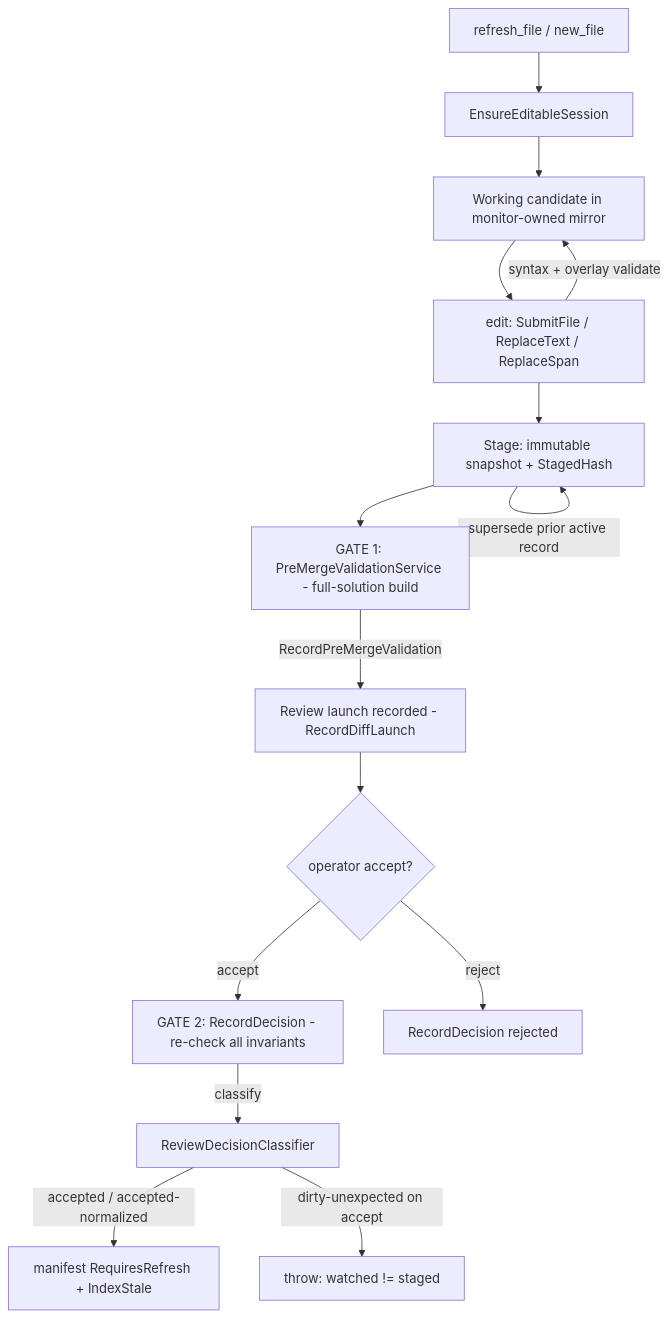
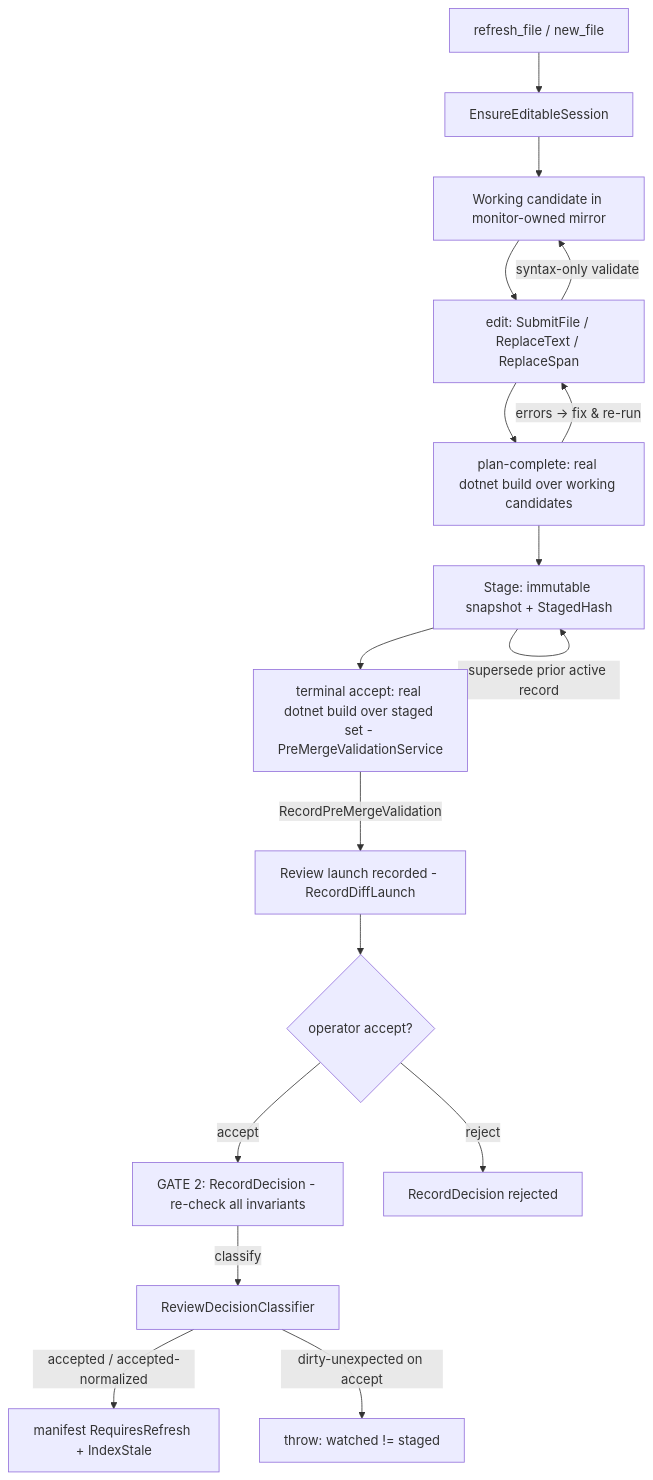
Before and after one commit to rdavi10471a2/ClaudeWorkbench: the first of 3 diagrams in docs/components/AIMonitor.Workflow.md, drawn with Mermaid. The commit also changed other lines of this file and 4 other files, not shown here.

````diff
--- a/docs/components/AIMonitor.Workflow.md
+++ b/docs/components/AIMonitor.Workflow.md
@@ -46,17 +46,19 @@
 ```mermaid
 flowchart TD
     A[refresh_file / new_file] --> B[EnsureEditableSession]
     B --> C[Working candidate in monitor-owned mirror]
     C --> D[edit: SubmitFile / ReplaceText / ReplaceSpan]
-    D -->|syntax + overlay validate| C
-    D --> E[Stage: immutable snapshot + StagedHash]
+    D -->|syntax-only validate| C
+    D --> P[plan-complete: real dotnet build over working candidates]
+    P -->|errors -> fix & re-run| D
+    P --> E[Stage: immutable snapshot + StagedHash]
     E -->|supersede prior active record| E
-    E --> F[GATE 1: PreMergeValidationService - full-solution build]
+    E --> F[terminal accept: real dotnet build over staged set - PreMergeValidationService]
     F -->|RecordPreMergeValidation| G[Review launch recorded - RecordDiffLaunch]
     G --> H{operator accept?}
     H -->|accept| I[GATE 2: RecordDecision - re-check all invariants]
     H -->|reject| J[RecordDecision rejected]
     I -->|classify| K[ReviewDecisionClassifier]
     K -->|accepted / accepted-normalized| L[manifest RequiresRefresh + IndexStale]
     K -->|dirty-unexpected on accept| M[throw: watched != staged]
 ```
````
